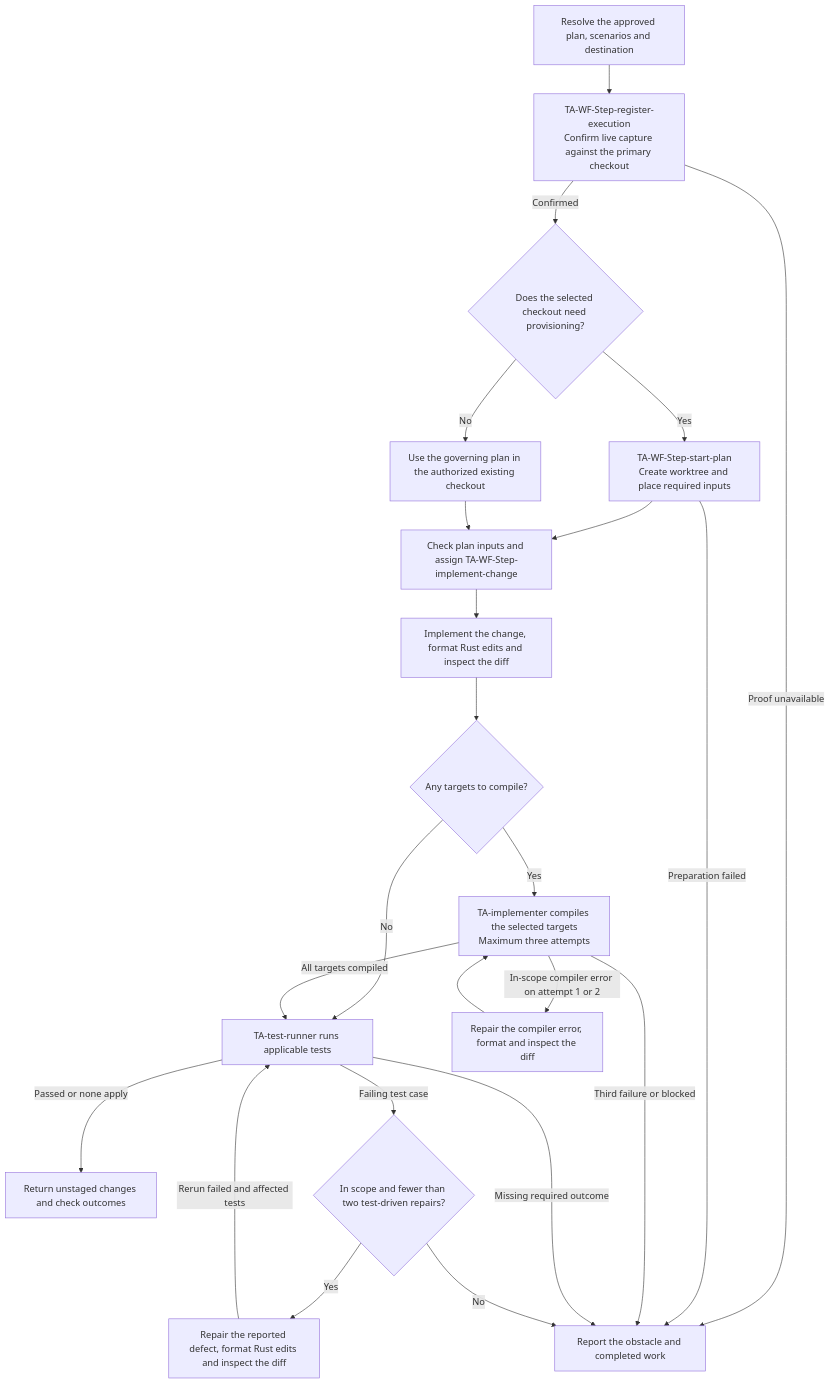
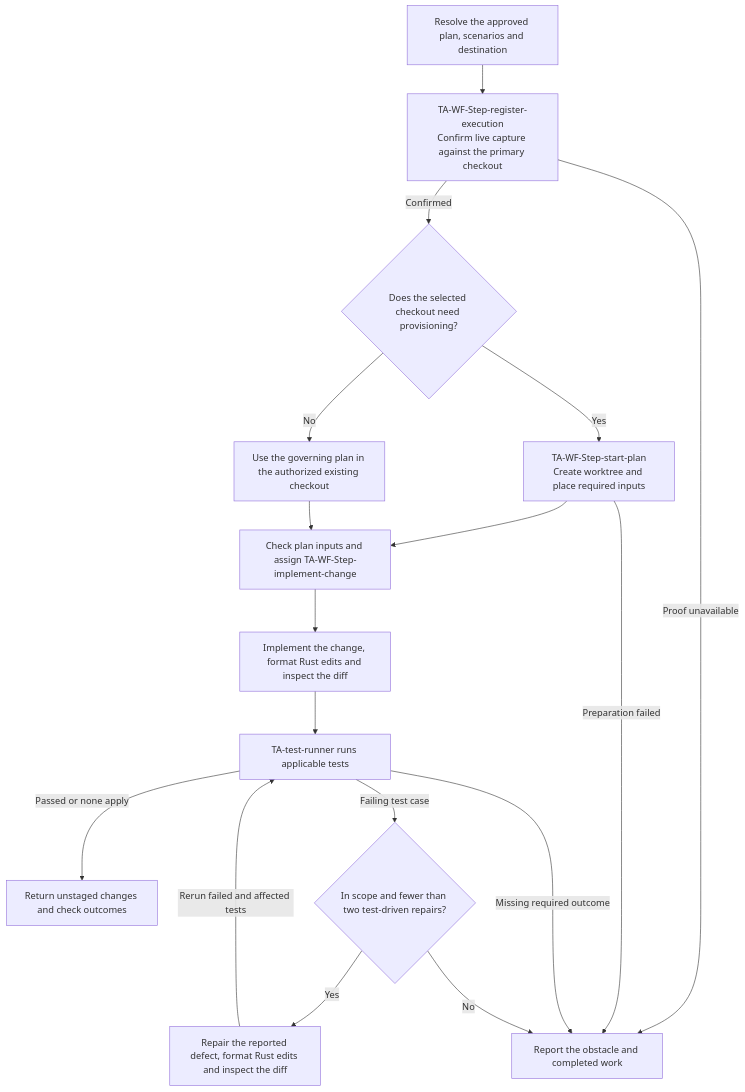
The second of 6 diagrams in .agents/skills/README.md (tomek-anuszkiewicz/amiga-studio), drawn with Mermaid before and after one commit. The commit also changed other lines of this file and 4 other files, not shown here.

````diff
--- a/.agents/skills/README.md
+++ b/.agents/skills/README.md
@@ -61,26 +60,20 @@
 ```mermaid
 flowchart TD
     Inputs["Resolve the approved plan, scenarios and destination"]
     Inputs --> Register["TA-WF-Step-register-execution<br/>Confirm live capture against the primary checkout"]
     Register -->|Confirmed| Checkout{"Does the selected checkout need provisioning?"}
     Register -->|Proof unavailable| Report["Report the obstacle and completed work"]
     Checkout -->|Yes| Provision["TA-WF-Step-start-plan<br/>Create worktree and place required inputs"]
     Checkout -->|No| Existing["Use the governing plan in the authorized existing checkout"]
     Provision --> Assign["Check plan inputs and assign TA-WF-Step-implement-change"]
     Existing --> Assign
     Provision -->|Preparation failed| Report
     Assign --> Implement["Implement the change, format Rust edits and inspect the diff"]
-    Implement --> Targets{"Any targets to compile?"}
-    Targets -->|No| Tests["TA-test-runner runs applicable tests"]
-    Targets -->|Yes| Compile["TA-implementer compiles the selected targets<br/>Maximum three attempts"]
-    Compile -->|All targets compiled| Tests
-    Compile -->|In-scope compiler error on attempt 1 or 2| CompileRepair["Repair the compiler error, format and inspect the diff"]
-    CompileRepair --> Compile
-    Compile -->|Third failure or blocked| Report
+    Implement --> Tests["TA-test-runner runs applicable tests"]
     Tests -->|Passed or none apply| Result["Return unstaged changes and check outcomes"]
     Tests -->|Missing required outcome| Report
     Tests -->|Failing test case| Limit{"In scope and fewer than two test-driven repairs?"}
     Limit -->|Yes| Repair["Repair the reported defect, format Rust edits and inspect the diff"]
     Repair -->|Rerun failed and affected tests| Tests
     Limit -->|No| Report
 ```
````
